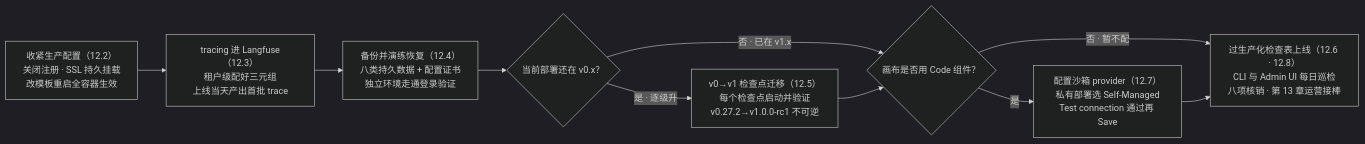
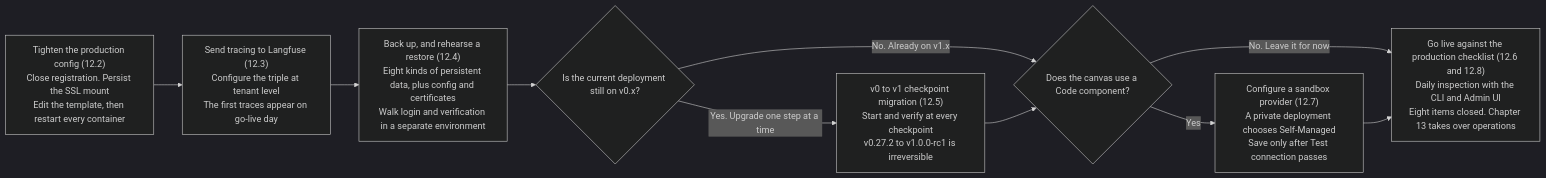
One commit to ybak/ai-tutorial changed the first of 2 diagrams in books/ragflow/en/chapters/12-operations.md. Above: the diagram before and after it, drawn with Mermaid (dark theme). The commit also changed other lines of this file and 16 other files, not shown here.

First line of the commit message:
docs(ragflow): 按审阅改英文图、注释和正文

````diff
--- a/books/ragflow/en/chapters/12-operations.md
+++ b/books/ragflow/en/chapters/12-operations.md
@@ -11,12 +11,12 @@
 ```mermaid
 flowchart LR
-    A["收紧生产配置（12.2）<br/>关闭注册 · SSL 持久挂载<br/>改模板重启全容器生效"] --> B["tracing 进 Langfuse（12.3）<br/>租户级配好三元组<br/>上线当天产出首批 trace"]
-    B --> C["备份并演练恢复（12.4）<br/>八类持久数据 + 配置证书<br/>独立环境走通登录验证"]
-    C --> D{"当前部署还在 v0.x？"}
-    D -->|"是 · 逐级升"| E["v0→v1 检查点迁移（12.5）<br/>每个检查点启动并验证<br/>v0.27.2→v1.0.0-rc1 不可逆"]
-    D -->|"否 · 已在 v1.x"| F{"画布是否用 Code 组件？"}
+    A["Tighten the production config (12.2)<br/>Close registration. Persist the SSL mount<br/>Edit the template, then restart every container"] --> B["Send tracing to Langfuse (12.3)<br/>Configure the triple at tenant level<br/>The first traces appear on go-live day"]
+    B --> C["Back up, and rehearse a restore (12.4)<br/>Eight kinds of persistent data, plus config and certificates<br/>Walk login and verification in a separate environment"]
+    C --> D{"Is the current deployment still on v0.x?"}
+    D -->|"Yes. Upgrade one step at a time"| E["v0 to v1 checkpoint migration (12.5)<br/>Start and verify at every checkpoint<br/>v0.27.2 to v1.0.0-rc1 is irreversible"]
+    D -->|"No. Already on v1.x"| F{"Does the canvas use a Code component?"}
     E --> F
-    F -->|"是"| G["配置沙箱 provider（12.7）<br/>私有部署选 Self-Managed<br/>Test connection 通过再 Save"]
-    F -->|"否 · 暂不配"| H["过生产化检查表上线（12.6 · 12.8）<br/>CLI 与 Admin UI 每日巡检<br/>八项核销 · 第 13 章运营接棒"]
+    F -->|"Yes"| G["Configure a sandbox provider (12.7)<br/>A private deployment chooses Self-Managed<br/>Save only after Test connection passes"]
+    F -->|"No. Leave it for now"| H["Go live against the production checklist (12.6 and 12.8)<br/>Daily inspection with the CLI and Admin UI<br/>Eight items closed. Chapter 13 takes over operations"]
     G --> H
 ```
````
